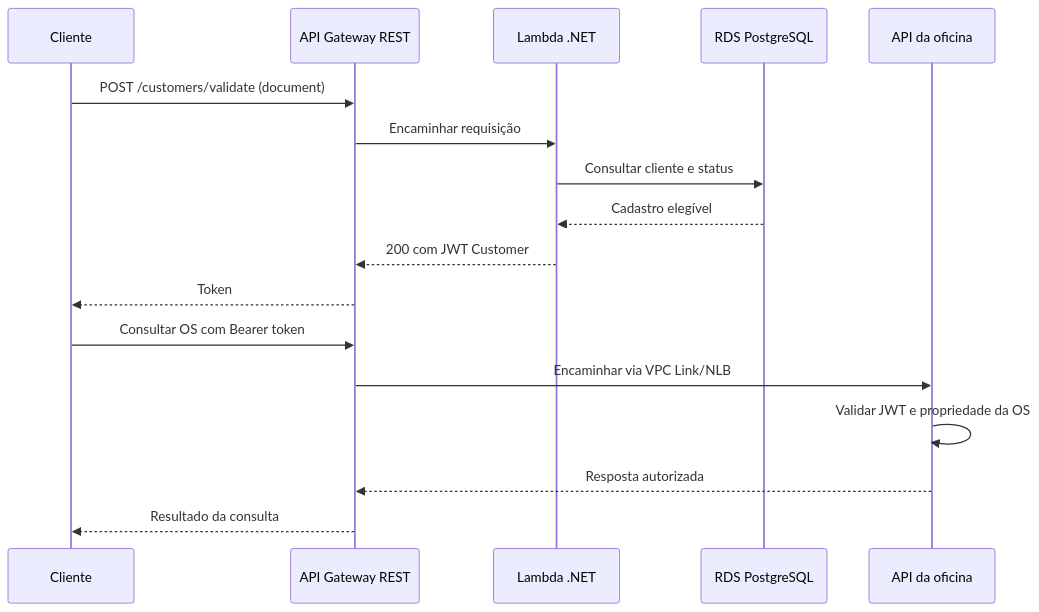
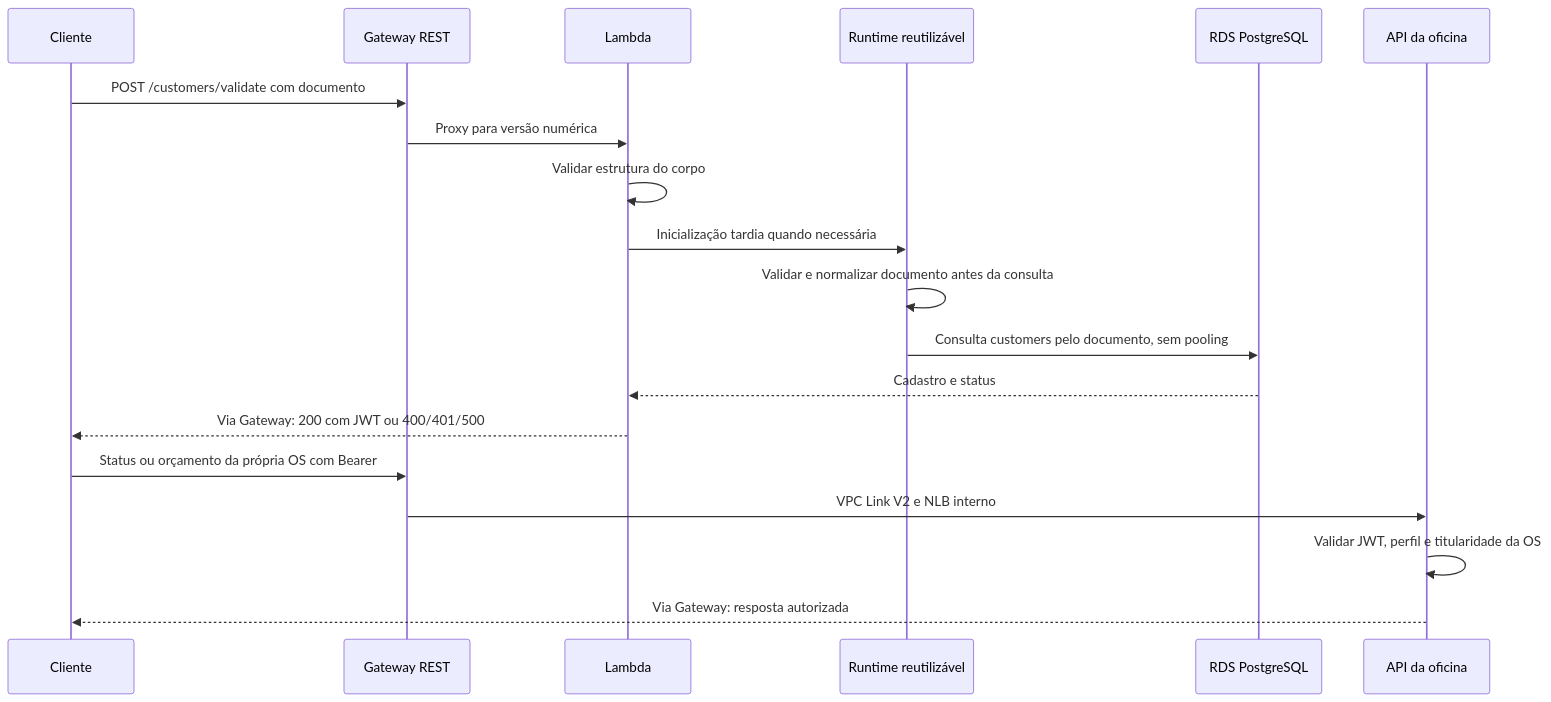
One commit to pknfelps/GerenciamentoMecanicaAutenticacao changed the diagram in README.md. Above: the diagram before and after it, drawn with Mermaid. The commit also changed other lines of this file and 39 other files, not shown here.

````diff
--- a/README.md
+++ b/README.md
@@ -39,19 +25,21 @@
 ```mermaid
 sequenceDiagram
     participant C as Cliente
-    participant G as API Gateway REST
-    participant L as Lambda .NET
-    participant B as RDS PostgreSQL
+    participant G as Gateway REST
+    participant F as Lambda
+    participant R as Runtime reutilizável
+    participant D as RDS PostgreSQL
     participant A as API da oficina
-    C->>G: POST /customers/validate (document)
-    G->>L: Encaminhar requisição
-    L->>B: Consultar cliente e status
-    B-->>L: Cadastro elegível
-    L-->>G: 200 com JWT Customer
-    G-->>C: Token
-    C->>G: Consultar OS com Bearer token
-    G->>A: Encaminhar via VPC Link/NLB
-    A->>A: Validar JWT e propriedade da OS
-    A-->>G: Resposta autorizada
-    G-->>C: Resultado da consulta
+    C->>G: POST /customers/validate com documento
+    G->>F: Proxy para versão numérica
+    F->>F: Validar estrutura do corpo
+    F->>R: Inicialização tardia quando necessária
+    R->>R: Validar e normalizar documento antes da consulta
+    R->>D: Consulta customers pelo documento, sem pooling
+    D-->>F: Cadastro e status
+    F-->>C: Via Gateway: 200 com JWT ou 400/401/500
+    C->>G: Status ou orçamento da própria OS com Bearer
+    G->>A: VPC Link V2 e NLB interno
+    A->>A: Validar JWT, perfil e titularidade da OS
+    A-->>C: Via Gateway: resposta autorizada
 ```
````
